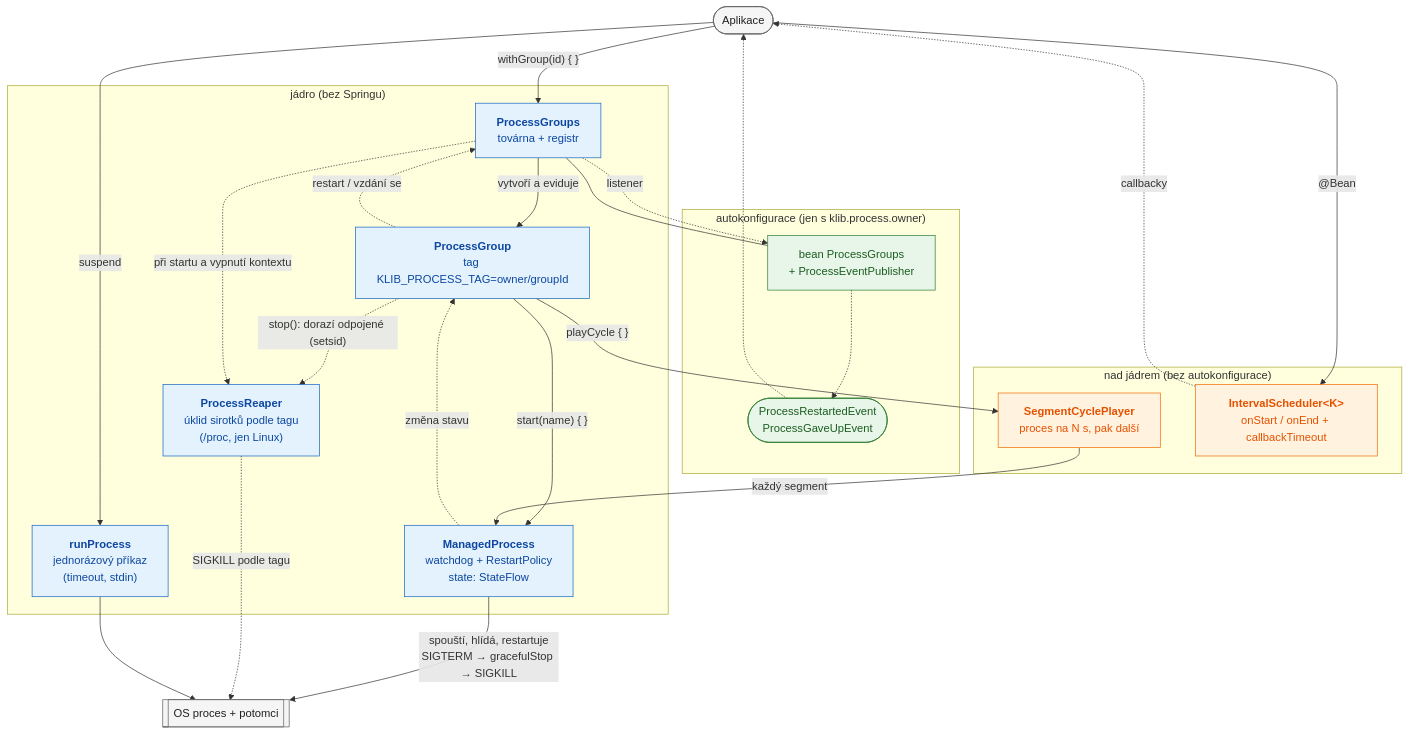
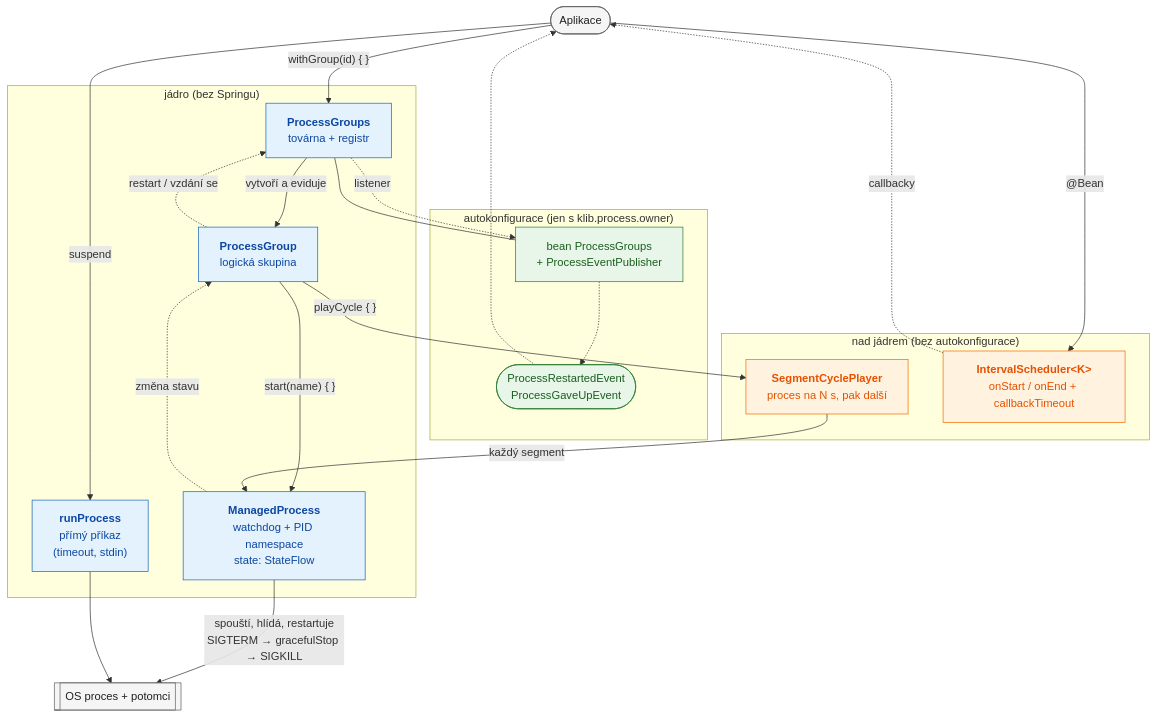
One commit to petrbalat/klib changed the diagram in spring-boot-process/README.md. Above: the diagram before and after it, drawn with Mermaid. The commit also changed other lines of this file and 35 other files, not shown here.

Commit message:
Linux unshare namespace pro izolaci a kill procesů

````diff
--- a/spring-boot-process/README.md
+++ b/spring-boot-process/README.md
@@ -25,55 +25,51 @@
 ```mermaid
 flowchart TB
     app(["Aplikace"])
 
     subgraph auto["autokonfigurace (jen s klib.process.owner)"]
         bean["bean ProcessGroups<br/>+ ProcessEventPublisher"]
         evt(["ProcessRestartedEvent<br/>ProcessGaveUpEvent"])
     end
 
     subgraph core["jádro (bez Springu)"]
         PGs["<b>ProcessGroups</b><br/>továrna + registr"]
-        PG["<b>ProcessGroup</b><br/>tag KLIB_PROCESS_TAG=owner/groupId"]
-        MP["<b>ManagedProcess</b><br/>watchdog + RestartPolicy<br/>state: StateFlow"]
-        reaper["<b>ProcessReaper</b><br/>úklid sirotků podle tagu<br/>(/proc, jen Linux)"]
-        run["<b>runProcess</b><br/>jednorázový příkaz<br/>(timeout, stdin)"]
+        PG["<b>ProcessGroup</b><br/>logická skupina"]
+        MP["<b>ManagedProcess</b><br/>watchdog + PID namespace<br/>state: StateFlow"]
+        run["<b>runProcess</b><br/>přímý příkaz<br/>(timeout, stdin)"]
     end
 
     subgraph upper["nad jádrem (bez autokonfigurace)"]
         cyc["<b>SegmentCyclePlayer</b><br/>proces na N s, pak další"]
         sch["<b>IntervalScheduler&lt;K&gt;</b><br/>onStart / onEnd + callbackTimeout"]
     end
 
     os[["OS proces + potomci"]]
 
     app -->|"withGroup(id) { }"| PGs
     bean --- PGs
     PGs -->|"vytvoří a eviduje"| PG
     PG -->|"start(name) { }"| MP
     MP -->|"spouští, hlídá, restartuje<br/>SIGTERM → gracefulStop → SIGKILL"| os
-    PG -.->|"stop(): dorazí odpojené (setsid)"| reaper
-    reaper -.->|"SIGKILL podle tagu"| os
-    PGs -.->|"při startu a vypnutí kontextu"| reaper
 
     MP -.->|"změna stavu"| PG
     PG -.->|"restart / vzdání se"| PGs
     PGs -.->|"listener"| bean
     bean -.-> evt
     evt -.-> app
 
     app -->|"suspend"| run
     run --> os
     PG -->|"playCycle { }"| cyc
     cyc -->|"každý segment"| MP
     sch -.->|"callbacky"| app
     app -->|"@Bean"| sch
 
     classDef spring fill:#e8f5e9,stroke:#2e7d32,color:#1b5e20
     classDef kore fill:#e3f2fd,stroke:#1565c0,color:#0d47a1
     classDef nad fill:#fff3e0,stroke:#ef6c00,color:#e65100
     classDef ext fill:#f5f5f5,stroke:#616161,color:#212121
     class bean,evt spring
-    class PGs,PG,MP,reaper,run kore
+    class PGs,PG,MP,run kore
     class cyc,sch nad
     class os,app ext
 ```
````
